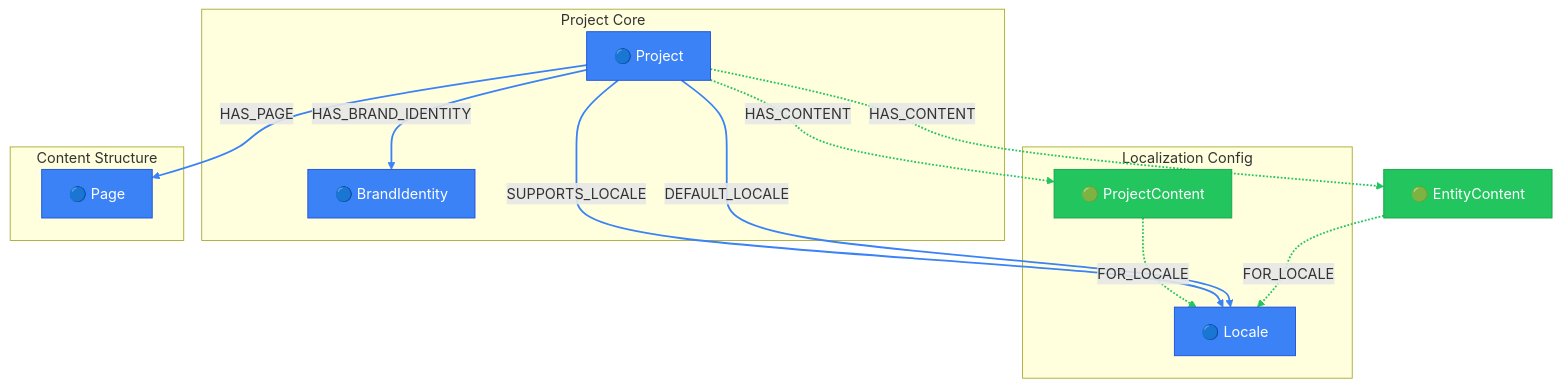
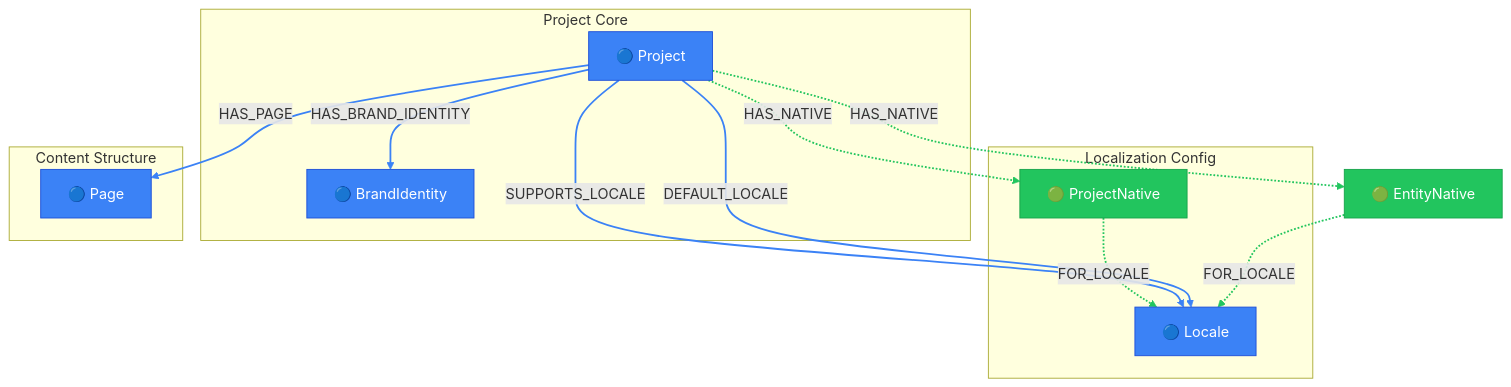
One commit to supernovae-st/novanet changed the diagram in packages/core/models/docs/project-context.md. Above: the diagram before and after it, drawn with Mermaid. The commit also changed other lines of this file and 113 other files, not shown here.

First line of the commit message:
feat(schema): v0.13.0 *Native migration (ADR-029)

````diff
--- a/packages/core/models/docs/project-context.md
+++ b/packages/core/models/docs/project-context.md
@@ -25,51 +25,51 @@
 ```mermaid
 flowchart TB
   %% View: Project Context (project-context)
   %% 6 nodes, 8 arcs
 
   %% Trait styling (node_trait)
   classDef defined fill:#3b82f6,stroke:#1d4ed8,color:#fff
   classDef authored fill:#22c55e,stroke:#16a34a,color:#fff
   classDef imported fill:#8b5cf6,stroke:#7c3aed,color:#fff
   classDef generated fill:#b58900,stroke:#996f00,color:#fff
   classDef retrieved fill:#6c71c4,stroke:#5761b3,color:#fff
 
   subgraph PROJECT_CORE["Project Core"]
     Project["🔵 Project"]
     BrandIdentity["🔵 BrandIdentity"]
   end
 
   subgraph LOCALIZATION_CONFIG["Localization Config"]
-    ProjectContent["🟢 ProjectContent"]
+    ProjectNative["🟢 ProjectNative"]
     Locale["🔵 Locale"]
   end
 
   subgraph CONTENT_STRUCTURE["Content Structure"]
     Page["🔵 Page"]
   end
 
   %% Additional reachable nodes
-  EntityContent["🟢 EntityContent"]
+  EntityNative["🟢 EntityNative"]
 
   %% Relationships (styled by arc family)
-  EntityContent -.->|FOR_LOCALE| Locale
+  EntityNative -.->|FOR_LOCALE| Locale
   Project -->|DEFAULT_LOCALE| Locale
   Project -->|HAS_BRAND_IDENTITY| BrandIdentity
-  Project -.->|HAS_CONTENT| EntityContent
-  Project -.->|HAS_CONTENT| ProjectContent
+  Project -.->|HAS_NATIVE| EntityNative
+  Project -.->|HAS_NATIVE| ProjectNative
   Project -->|HAS_PAGE| Page
   Project -->|SUPPORTS_LOCALE| Locale
-  ProjectContent -.->|FOR_LOCALE| Locale
+  ProjectNative -.->|FOR_LOCALE| Locale
 
   %% Arc colors by family
   linkStyle 0,3,4,7 stroke:#22c55e,stroke-width:2px
   linkStyle 1,2,5,6 stroke:#3b82f6,stroke-width:2px
 
   %% Class assignments
   class BrandIdentity defined
-  class EntityContent authored
+  class EntityNative authored
   class Locale defined
   class Page defined
   class Project defined
-  class ProjectContent authored
+  class ProjectNative authored
 ```
````
